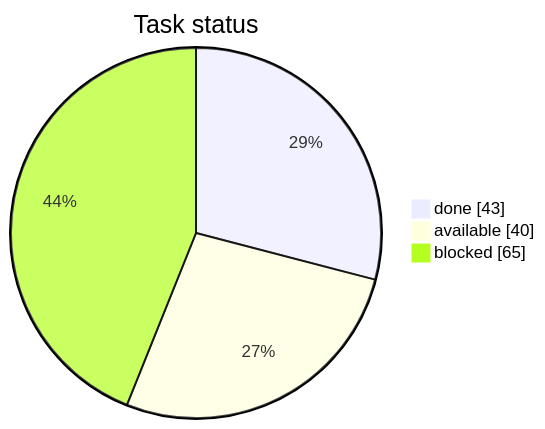
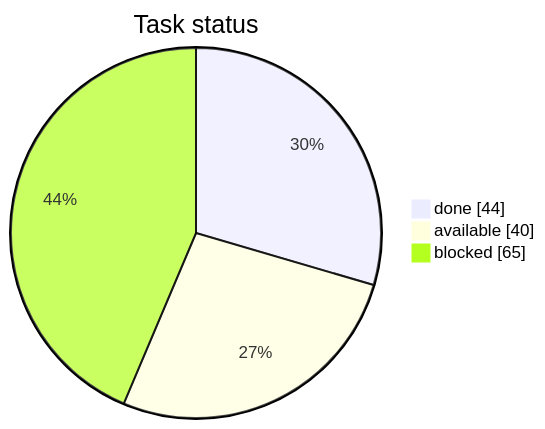
One commit to artemiiShabanov/RallyRivals changed the first of 3 diagrams in STATUS.md. Above: the diagram before and after it, drawn with Mermaid. The commit also changed other lines of this file and 20 other files, not shown here.

````diff
--- a/STATUS.md
+++ b/STATUS.md
@@ -7,7 +7,7 @@
 ```mermaid
 pie showData
     title Task status
-    "done" : 43
+    "done" : 44
     "available" : 40
     "blocked" : 65
 ```
````
